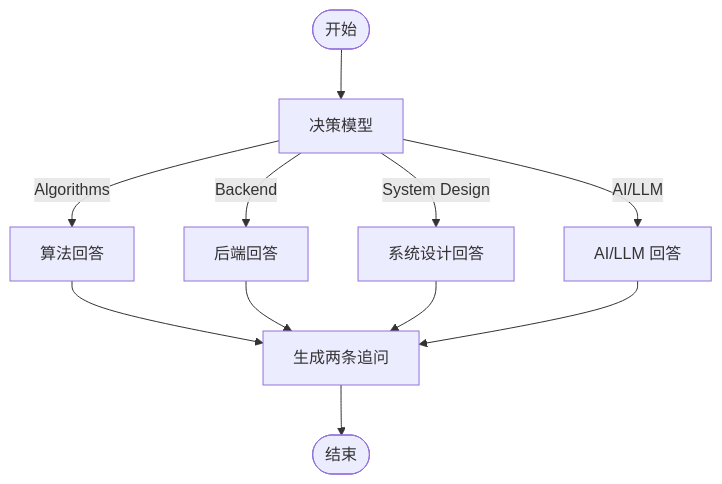
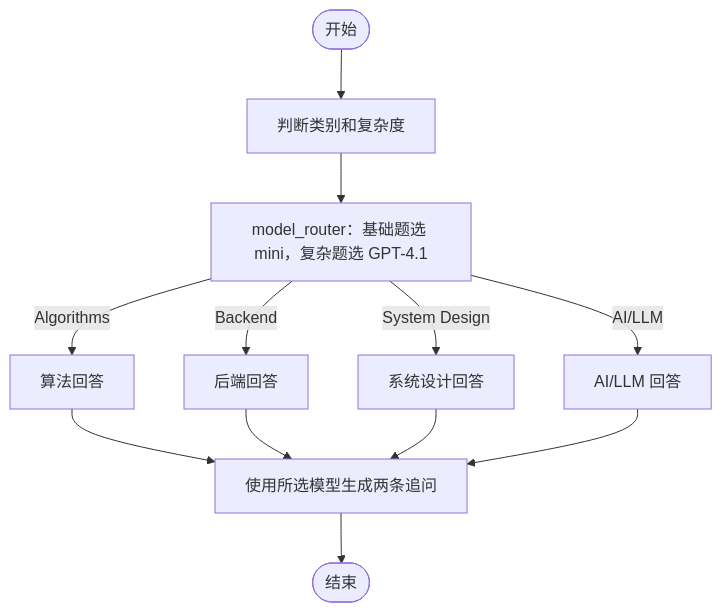
One commit to YitingChen-coder/ai-interview-coach-hw6-1 changed the diagram in README.md. Above: the diagram before and after it, drawn with Mermaid. The commit also changed other lines of this file and 4 other files, not shown here.

````diff
--- a/README.md
+++ b/README.md
@@ -20,13 +23,14 @@
 ```mermaid
 flowchart TD
-    S([开始]) --> D[决策模型]
-    D -->|Algorithms| A[算法回答]
-    D -->|Backend| B[后端回答]
-    D -->|System Design| C[系统设计回答]
-    D -->|AI/LLM| E[AI/LLM 回答]
-    A --> F[生成两条追问]
+    S([开始]) --> D[判断类别和复杂度]
+    D --> R[model_router：基础题选 mini，复杂题选 GPT-4.1]
+    R -->|Algorithms| A[算法回答]
+    R -->|Backend| B[后端回答]
+    R -->|System Design| C[系统设计回答]
+    R -->|AI/LLM| E[AI/LLM 回答]
+    A --> F[使用所选模型生成两条追问]
     B --> F
     C --> F
     E --> F
     F --> Z([结束])
 ```
````
